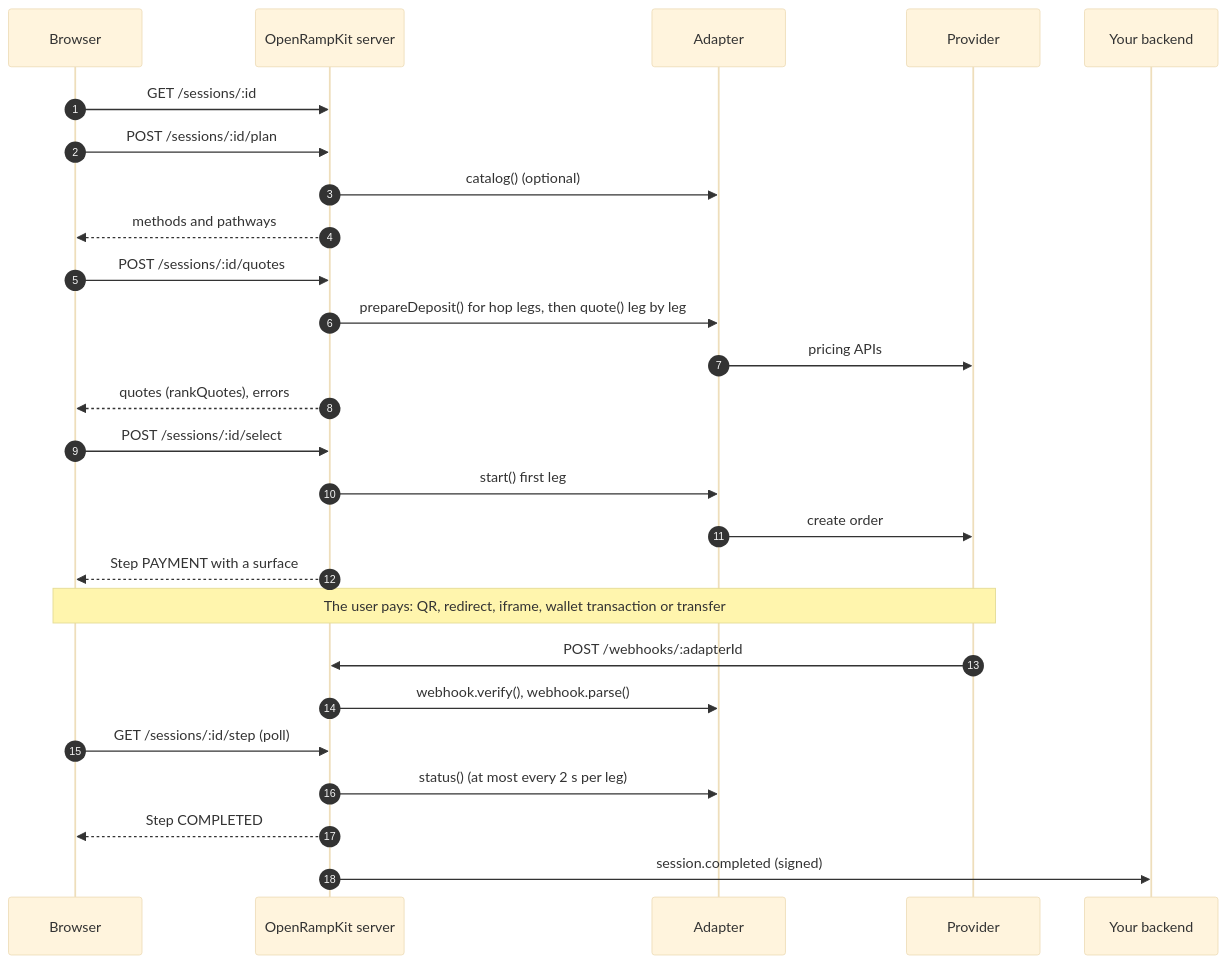
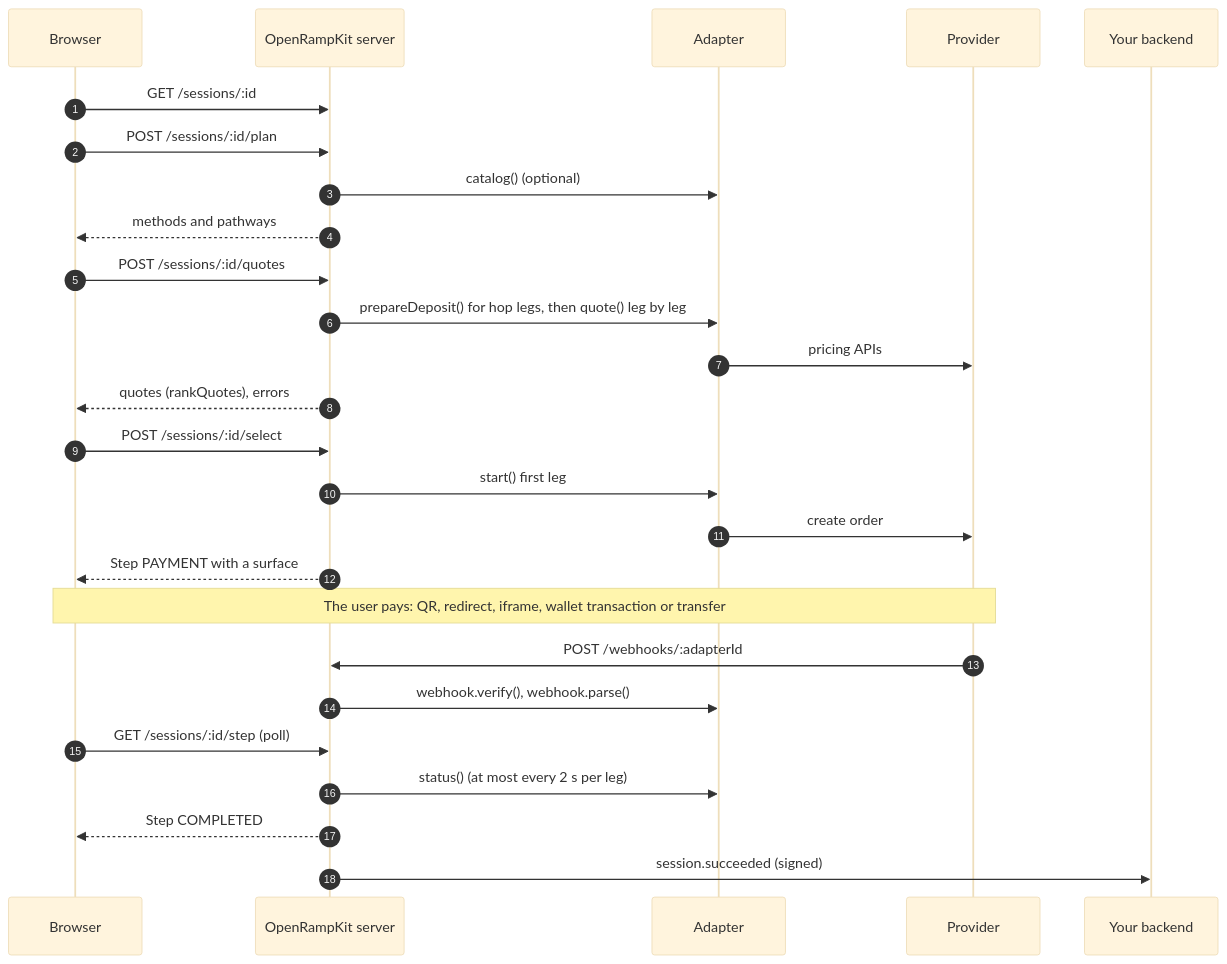
One commit to yosriady/openrampkit changed the fifth of 5 diagrams in docs/concepts/architecture.md. Above: the diagram before and after it, drawn with Mermaid (base theme). The commit also changed 119 other files, not shown here.

````diff
--- a/docs/concepts/architecture.md
+++ b/docs/concepts/architecture.md
@@ -244,28 +244,28 @@
 ```mermaid
 sequenceDiagram
   autonumber
   participant B as Browser
   participant S as OpenRampKit server
   participant A as Adapter
   participant P as Provider
   participant App as Your backend
   B->>S: GET /sessions/:id
   B->>S: POST /sessions/:id/plan
   S->>A: catalog() (optional)
   S-->>B: methods and pathways
   B->>S: POST /sessions/:id/quotes
   S->>A: prepareDeposit() for hop legs, then quote() leg by leg
   A->>P: pricing APIs
   S-->>B: quotes (rankQuotes), errors
   B->>S: POST /sessions/:id/select
   S->>A: start() first leg
   A->>P: create order
   S-->>B: Step PAYMENT with a surface
   Note over B,P: The user pays: QR, redirect, iframe, wallet transaction or transfer
   P->>S: POST /webhooks/:adapterId
   S->>A: webhook.verify(), webhook.parse()
   B->>S: GET /sessions/:id/step (poll)
   S->>A: status() (at most every 2 s per leg)
   S-->>B: Step COMPLETED
-  S->>App: session.completed (signed)
+  S->>App: session.succeeded (signed)
 ```
````
